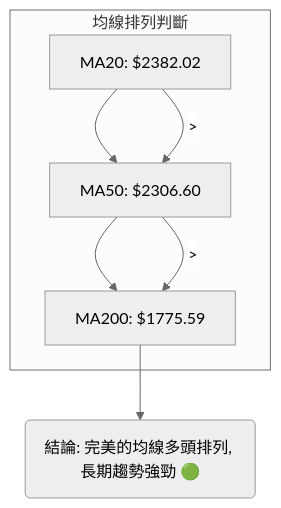
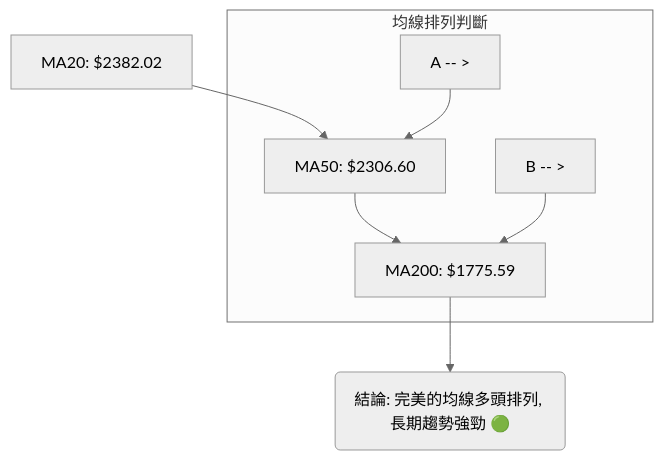
The sixth of 11 diagrams in ai_gen_report/stock/2330.tw/technical_analysis_2026-07-05_gemini.md (yennanliu/finance_data), drawn with Mermaid (neutral theme) before and after one commit. The commit also changed other lines of this file and 2258 other files, not shown here.

First line of the commit message:
chore: backfill Mermaid syntax repair across existing reports

````diff
--- a/ai_gen_report/stock/2330.tw/technical_analysis_2026-07-05_gemini.md
+++ b/ai_gen_report/stock/2330.tw/technical_analysis_2026-07-05_gemini.md
@@ -458,12 +458,12 @@
 ```mermaid
 graph TD
-    A[MA20: $2382.02] --> B[MA50: $2306.60]
-    B --> C[MA200: $1775.59]
+    A["MA20: $2382.02"] --> B["MA50: $2306.60"]
+    B --> C["MA200: $1775.59"]
 
     subgraph 均線排列判斷
-        A -- " > " --> B
-        B -- " > " --> C
+        nb1["A -- " > ""] --> B
+        nb2["B -- " > ""] --> C
     end
 
-    C --> D(結論: 完美的均線多頭排列, 長期趨勢強勁 🟢)
+    C --> D("結論: 完美的均線多頭排列, 長期趨勢強勁 🟢")
 ```
````
